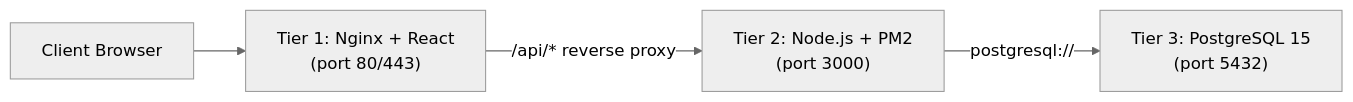
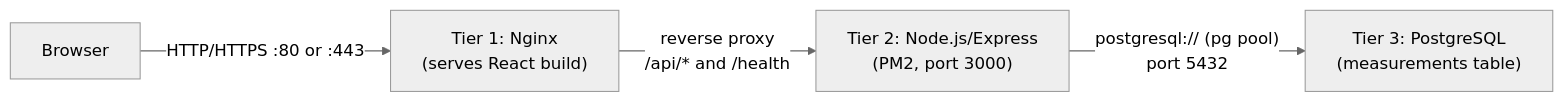
One commit to sarowar-alam/multi-server-three-tier-app changed the diagram in README.md. Above: the diagram before and after it, drawn with Mermaid (neutral theme). The commit also changed other lines of this file, not shown here.

Commit message:
README: restructure with architecture overview and 4 manual deployment options

````diff
--- a/README.md
+++ b/README.md
@@ -17,6 +19,6 @@
 ```mermaid
 flowchart LR
-    U["Client Browser"] --> T1["Tier 1: Nginx + React\n(port 80/443)"]
-    T1 -->|"/api/* reverse proxy"| T2["Tier 2: Node.js + PM2\n(port 3000)"]
-    T2 -->|"postgresql://"| T3["Tier 3: PostgreSQL 15\n(port 5432)"]
+    U["Browser"] -->|"HTTP/HTTPS :80 or :443"| T1["Tier 1: Nginx\n(serves React build)"]
+    T1 -->|"reverse proxy\n/api/* and /health"| T2["Tier 2: Node.js/Express\n(PM2, port 3000)"]
+    T2 -->|"postgresql:// (pg pool)\nport 5432"| T3["Tier 3: PostgreSQL\n(measurements table)"]
 ```
````
